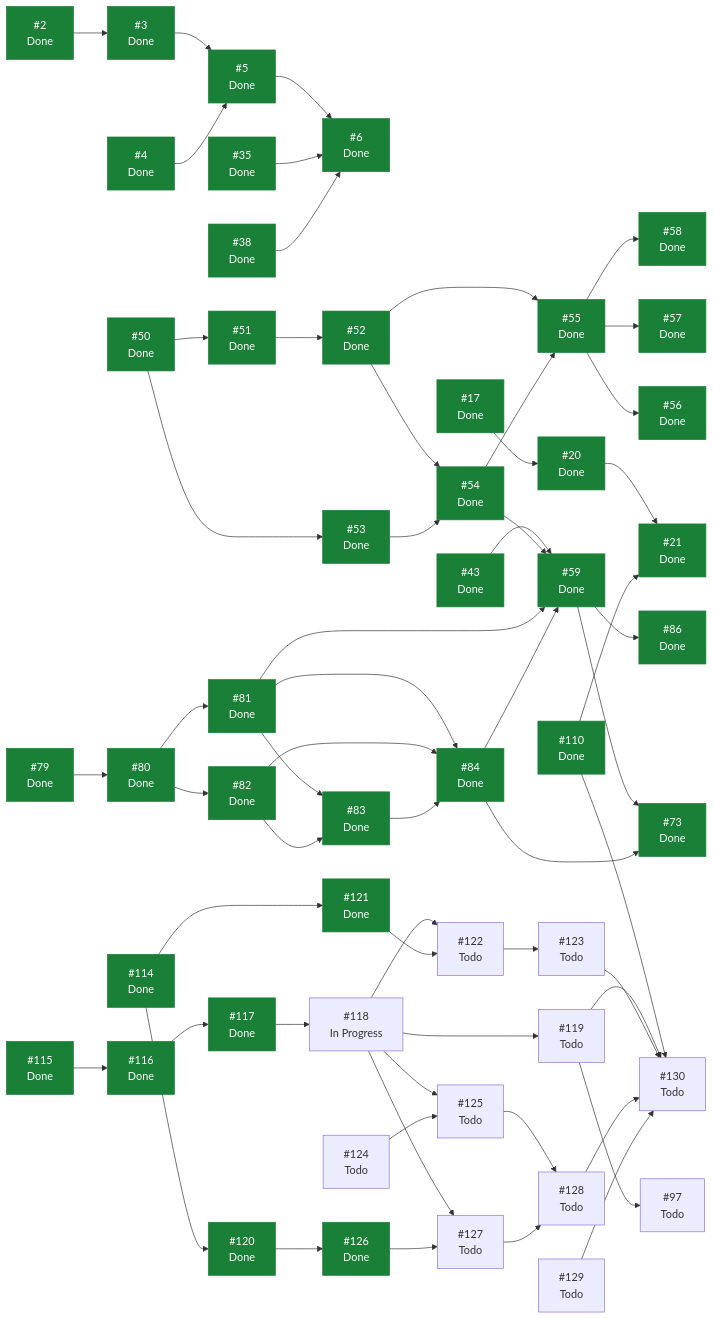
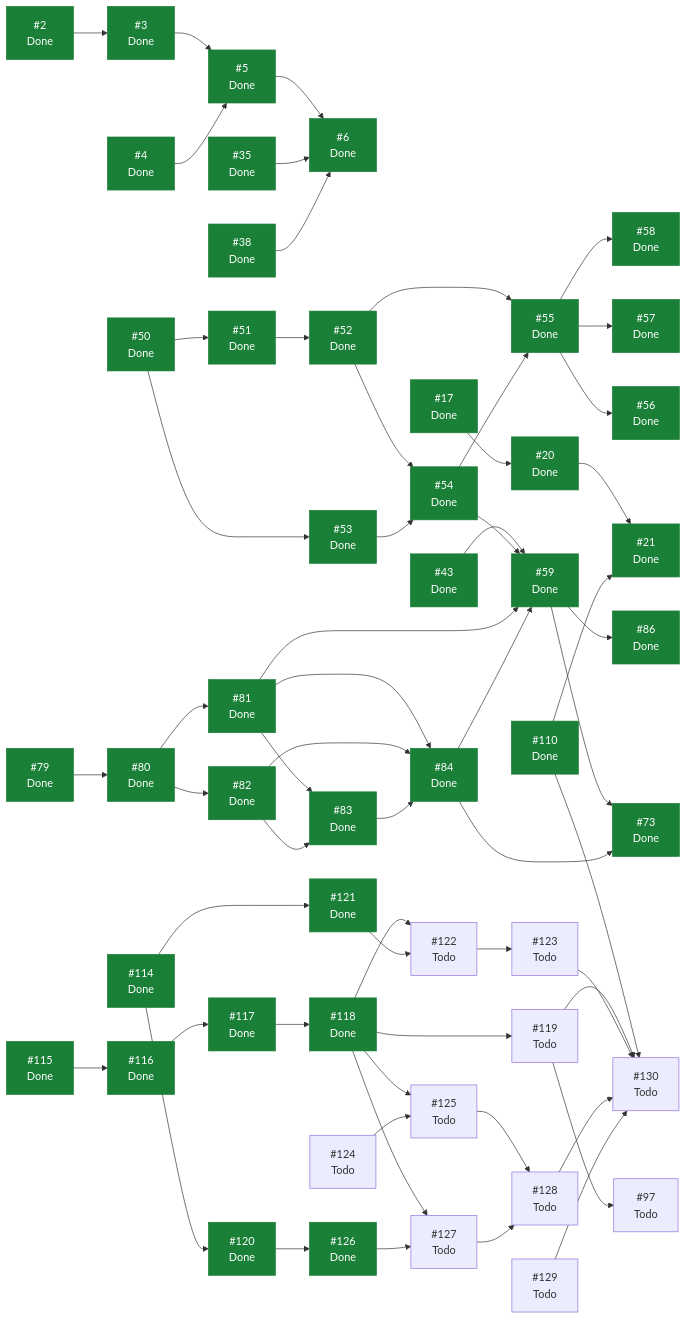
Before and after one commit to ecamp0s/evault: the diagram in docs/planning/STATUS.md, drawn with Mermaid. The commit also changed other lines of this file, not shown here.

````diff
--- a/docs/planning/STATUS.md
+++ b/docs/planning/STATUS.md
@@ -169,7 +171,7 @@
   I115["#115<br/>Done"]
   I116["#116<br/>Done"]
   I117["#117<br/>Done"]
-  I118["#118<br/>In Progress"]
+  I118["#118<br/>Done"]
   I119["#119<br/>Todo"]
   I120["#120<br/>Done"]
   I121["#121<br/>Done"]
@@ -239,5 +241,5 @@
   I128 --> I130
   I129 --> I130
   classDef hecho fill:#1a7f37,stroke:#1a7f37,color:#fff;
-  class I2,I3,I4,I5,I6,I17,I20,I21,I35,I38,I43,I50,I51,I52,I53,I54,I55,I56,I57,I58,I59,I73,I79,I80,I81,I82,I83,I84,I86,I110,I114,I115,I116,I117,I120,I121,I126 hecho;
+  class I2,I3,I4,I5,I6,I17,I20,I21,I35,I38,I43,I50,I51,I52,I53,I54,I55,I56,I57,I58,I59,I73,I79,I80,I81,I82,I83,I84,I86,I110,I114,I115,I116,I117,I118,I120,I121,I126 hecho;
 ```
````
